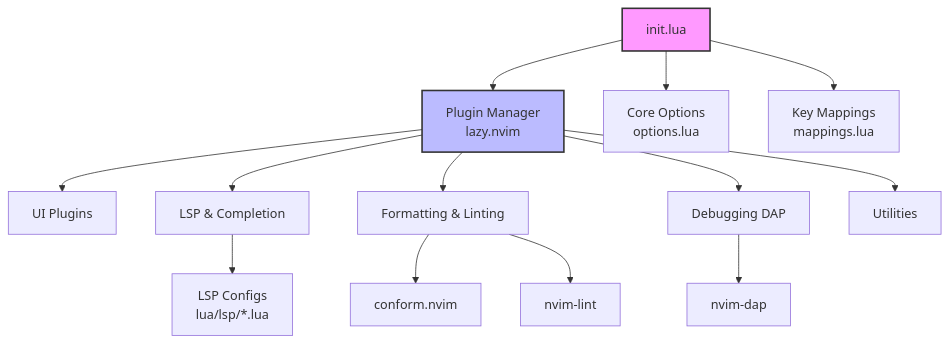
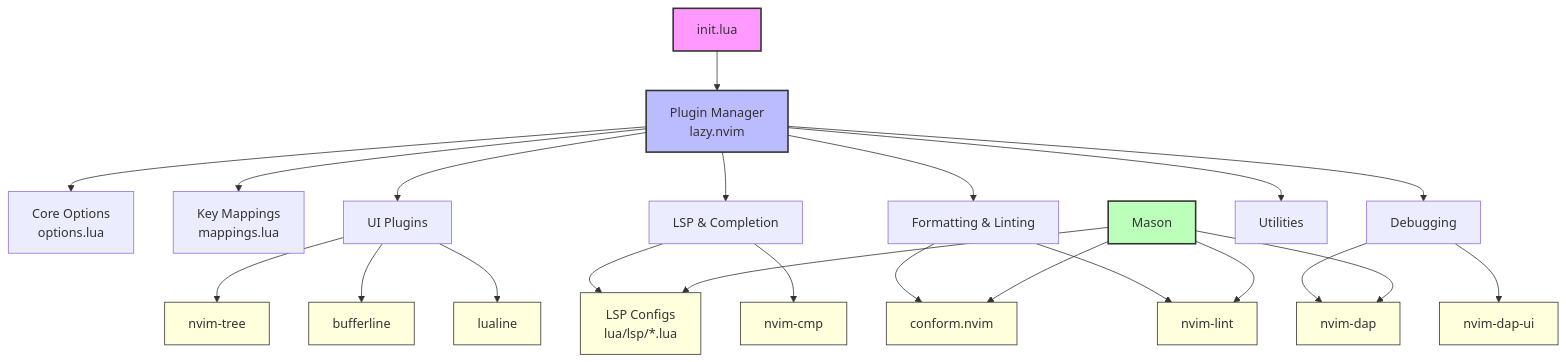
Before and after one commit to le4ker/blog: the diagram in _posts/2026-01-01-nvmegachad.md, drawn with Mermaid. The commit also changed other lines of this file, not shown here.

````diff
--- a/_posts/2026-01-01-nvmegachad.md
+++ b/_posts/2026-01-01-nvmegachad.md
@@ -56,20 +57,43 @@
 ```mermaid!
 flowchart TD
     A[init.lua] --> B[Plugin Manager<br/>lazy.nvim]
-    A --> C[Core Options<br/>options.lua]
-    A --> D[Key Mappings<br/>mappings.lua]
 
+    B --> C[Core Options<br/>options.lua]
+    B --> D[Key Mappings<br/>mappings.lua]
     B --> E[UI Plugins]
     B --> F[LSP & Completion]
     B --> G[Formatting & Linting]
-    B --> H[Debugging DAP]
+    B --> H[Debugging]
     B --> I[Utilities]
 
+    E --> E1[nvim-tree]
+    E --> E2[bufferline]
+    E --> E3[lualine]
+
     F --> J[LSP Configs<br/>lua/lsp/*.lua]
-    G --> K[conform.nvim]
-    G --> L[nvim-lint]
-    H --> M[nvim-dap]
+    F --> K[nvim-cmp]
+
+    G --> L[conform.nvim]
+    G --> M[nvim-lint]
+
+    H --> N[nvim-dap]
+    H --> O[nvim-dap-ui]
+
+    P[Mason] --> J
+    P --> L
+    P --> M
+    P --> N
 
     style A fill:#f9f,stroke:#333,stroke-width:2px
     style B fill:#bbf,stroke:#333,stroke-width:2px
+    style P fill:#bfb,stroke:#333,stroke-width:2px
+    style E1 fill:#ffd,stroke:#333
+    style E2 fill:#ffd,stroke:#333
+    style E3 fill:#ffd,stroke:#333
+    style J fill:#ffd,stroke:#333
+    style K fill:#ffd,stroke:#333
+    style L fill:#ffd,stroke:#333
+    style M fill:#ffd,stroke:#333
+    style N fill:#ffd,stroke:#333
+    style O fill:#ffd,stroke:#333
 ```
````
